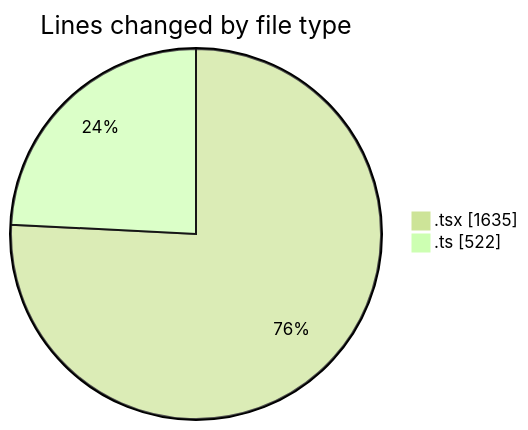
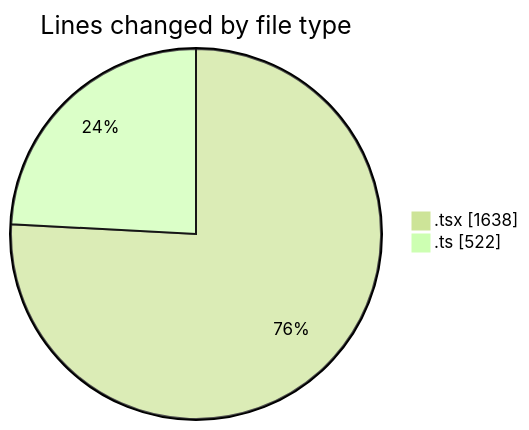
Before and after one commit to nxtqubesakshisongat/code-tracking: the first of 2 diagrams in 2026-04-03/nxtqube_webapp/README.md, drawn with Mermaid (forest theme). The commit also changed other lines of this file and 1 other file, not shown here.

````diff
--- a/2026-04-03/nxtqube_webapp/README.md
+++ b/2026-04-03/nxtqube_webapp/README.md
@@ -22,6 +22,6 @@
 ```mermaid
 pie showData
 title Lines changed by file type
-".tsx" : 1635
+".tsx" : 1638
 ".ts" : 522
 ```
````
